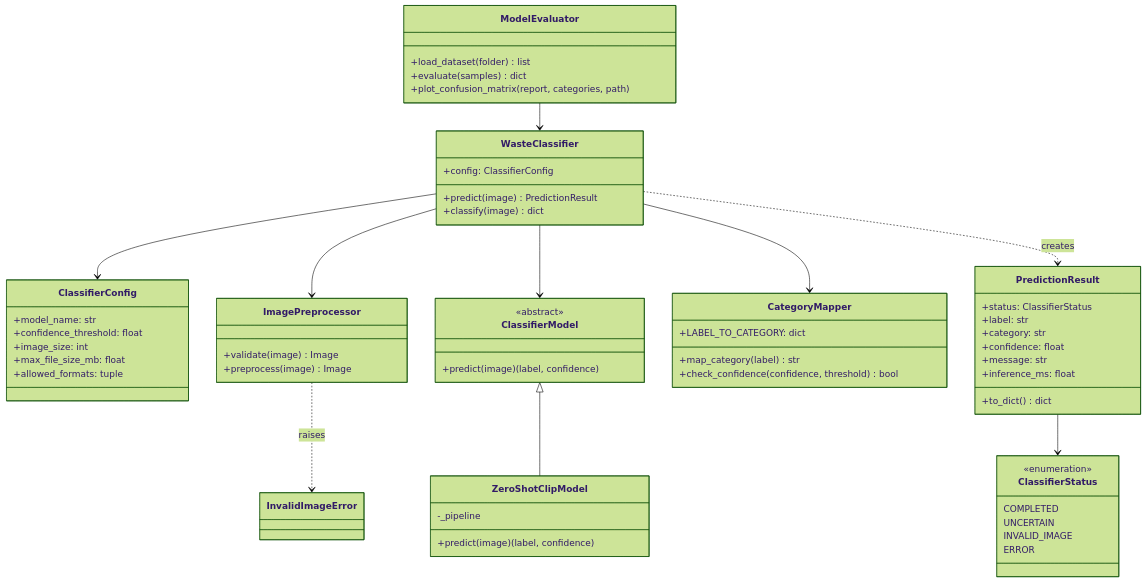
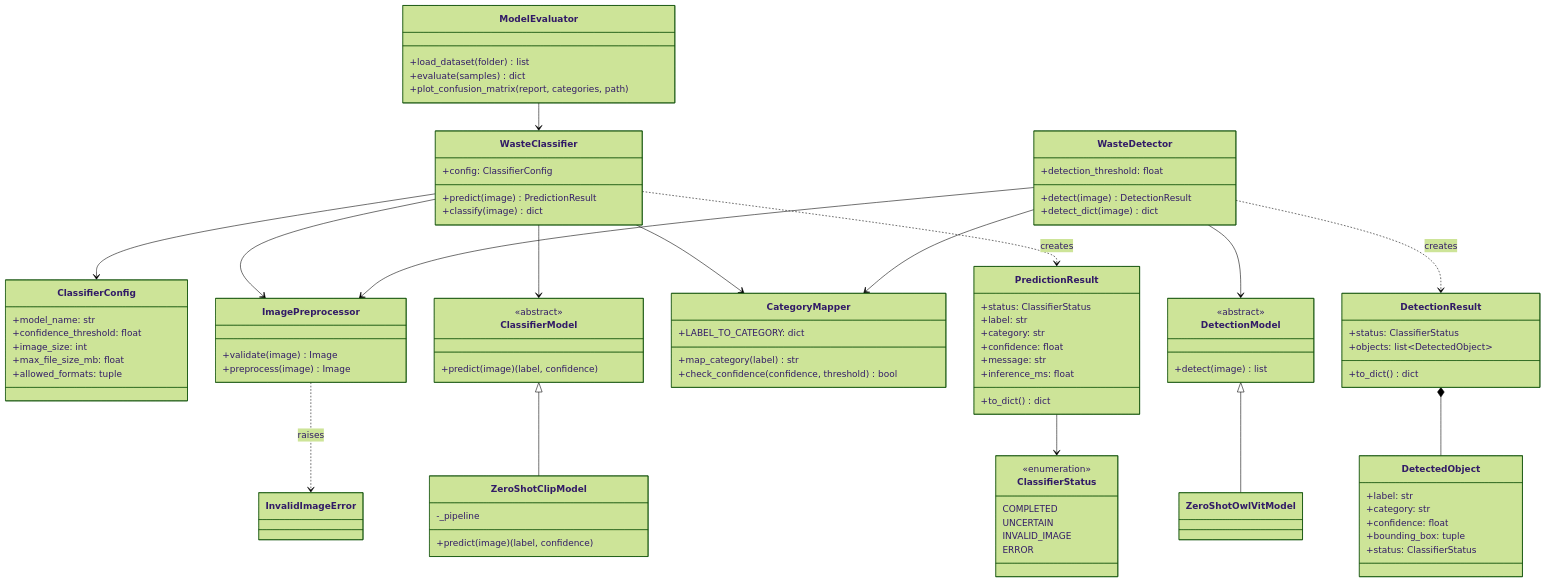
One commit to ChinniSaiteja/Python_Capstone_Team_26 changed the diagram in docs/CLASSIFIER.md. Above: the diagram before and after it, drawn with Mermaid (forest theme). The commit also changed other lines of this file and 9 other files, not shown here.

First line of the commit message:
Add object detector to the classifier subsystem

````diff
--- a/docs/CLASSIFIER.md
+++ b/docs/CLASSIFIER.md
@@ -90,6 +121,28 @@
         +plot_confusion_matrix(report, categories, path)
     }
     class InvalidImageError
+    class WasteDetector {
+        +detection_threshold: float
+        +detect(image) DetectionResult
+        +detect_dict(image) dict
+    }
+    class DetectionModel {
+        <<abstract>>
+        +detect(image) list
+    }
+    class ZeroShotOwlVitModel
+    class DetectionResult {
+        +status: ClassifierStatus
+        +objects: list~DetectedObject~
+        +to_dict() dict
+    }
+    class DetectedObject {
+        +label: str
+        +category: str
+        +confidence: float
+        +bounding_box: tuple
+        +status: ClassifierStatus
+    }
 
     WasteClassifier --> ClassifierConfig
     WasteClassifier --> ImagePreprocessor
@@ -100,4 +153,10 @@
     PredictionResult --> ClassifierStatus
     ImagePreprocessor ..> InvalidImageError : raises
     ModelEvaluator --> WasteClassifier
+    WasteDetector --> ImagePreprocessor
+    WasteDetector --> CategoryMapper
+    WasteDetector --> DetectionModel
+    DetectionModel <|-- ZeroShotOwlVitModel
+    WasteDetector ..> DetectionResult : creates
+    DetectionResult *-- DetectedObject
 ```
````
